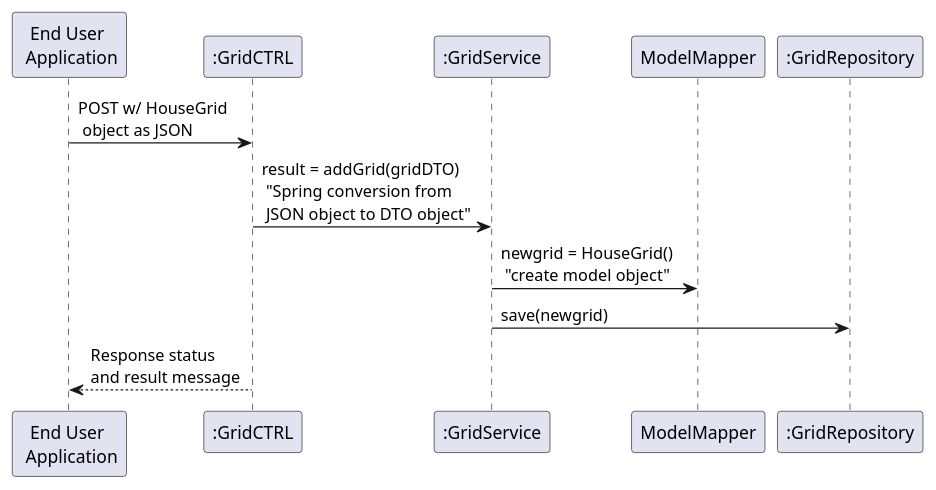
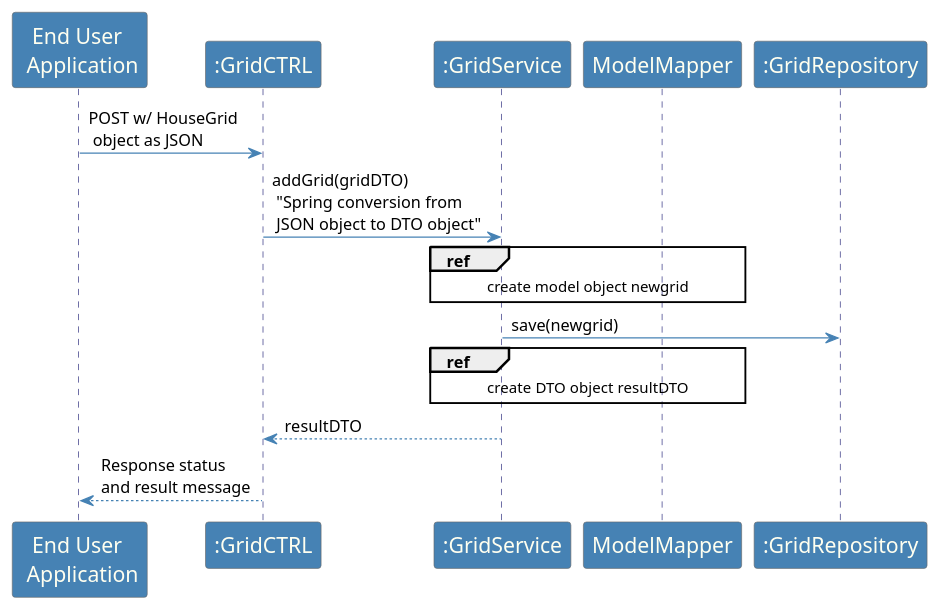
One commit to emanuel-pereira/hou changed the diagram in src/main/java/smarthome/controller/rest/sequenceDiagrams/sd_CreateHouseGrids.puml. Above: the diagram before and after it, drawn with PlantUML.

Commit message:
Addresses #233: - POST sequence diagram update;

```diff
--- a/src/main/java/smarthome/controller/rest/sequenceDiagrams/sd_CreateHouseGrids.puml
+++ b/src/main/java/smarthome/controller/rest/sequenceDiagrams/sd_CreateHouseGrids.puml
@@ -1,11 +1,39 @@
 @startuml
+
+skinparam sequence {
+	ArrowColor SteelBlue
+	ActorBorderColor Dimgray
+	LifeLineBorderColor MidnightBlue
+	LifeLineBackgroundColor #A9DCDF
+
+	ParticipantBorderColor Dimgray
+	ParticipantBackgroundColor SteelBlue
+	ParticipantFontName Calibri Bold
+	ParticipantFontSize 17
+	ParticipantFontColor Ivory
+
+	ActorBackgroundColor SteelBlue
+	ActorFontColor MidnightBlue
+	ActorFontSize 17
+	ActorFontName Aapex
+
+}
+
+skinparam note {
+BorderColor SteelBlue
+}
+
 "End User \n Application" -> ":GridCTRL": POST w/ HouseGrid \n object as JSON
 
-":GridCTRL" -> ":GridService" : result = addGrid(gridDTO) \n "Spring conversion from \n JSON object to DTO object"
+":GridCTRL" -> ":GridService" : addGrid(gridDTO) \n "Spring conversion from \n JSON object to DTO object"
 
-":GridService" -> "ModelMapper" : newgrid = HouseGrid() \n "create model object"
+ref over ":GridService","ModelMapper": create model object newgrid
 
 ":GridService" -> ":GridRepository" : save(newgrid)
 
+ref over ":GridService","ModelMapper": create DTO object resultDTO
+
+":GridService" --> ":GridCTRL" : resultDTO
+
 ":GridCTRL" --> "End User \n Application" : Response status \nand result message
 @enduml
```
